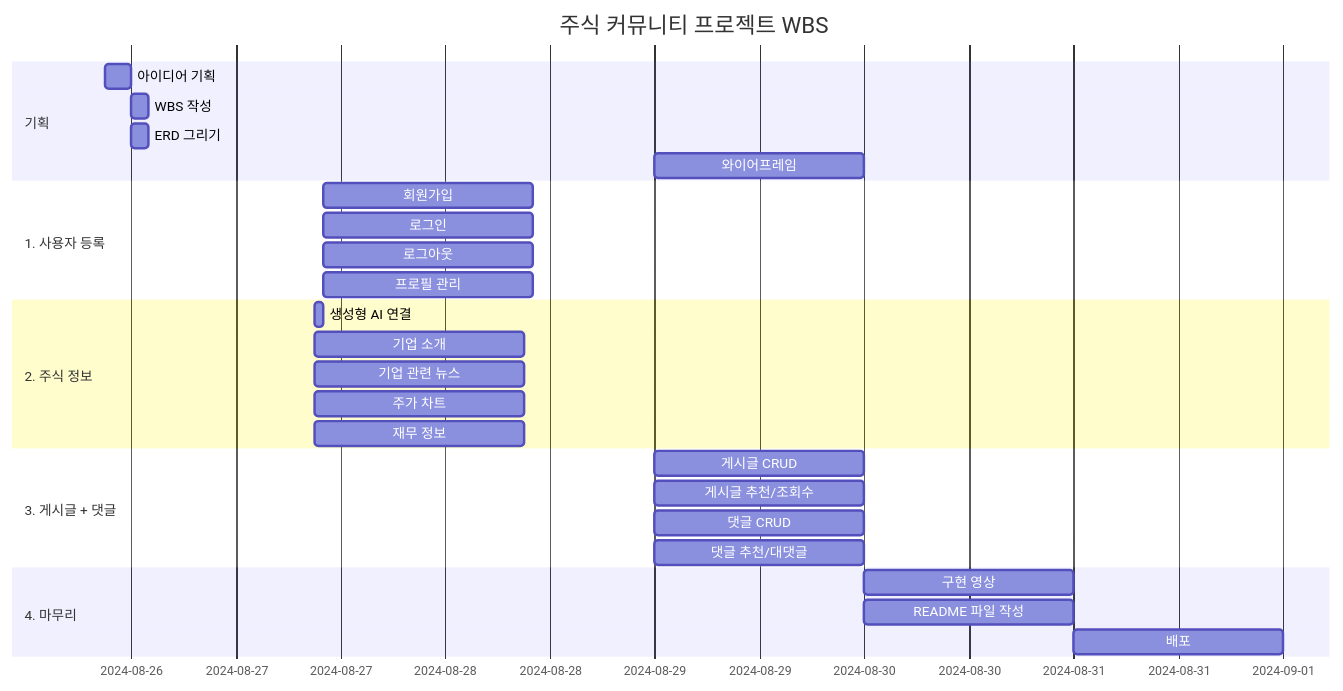
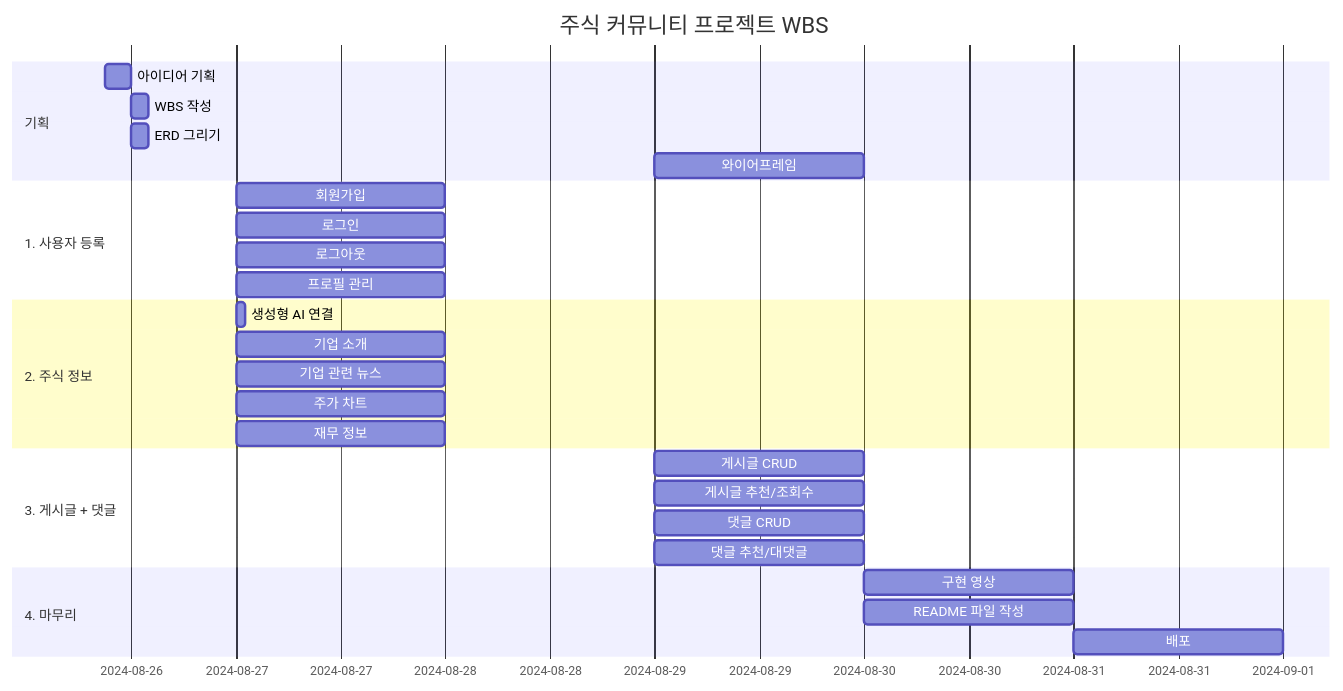
Before and after one commit to Donggyu-Kim1/stalk: the first of 3 diagrams in README.md, drawn with Mermaid. The commit also changed other lines of this file, not shown here.

Commit message:
리드미 ERD 수정

````diff
--- a/README.md
+++ b/README.md
@@ -193,35 +193,35 @@
 ```mermaid
 gantt
     title 주식 커뮤니티 프로젝트 WBS
     dateFormat  YYYY-MM-DD HH:mm
 
     section 기획
     아이디어 기획      :2024-08-26 09:00, 3h
     WBS 작성          :2024-08-26 12:00, 2h
     ERD 그리기         :2024-08-26 12:00, 2h
     와이어프레임        :2024-08-29, 1d
 
     section 1. 사용자 등록
-    회원가입           :2024-08-27 10:00, 1d
-    로그인             :2024-08-27 10:00, 1d
-    로그아웃           :2024-08-27 10:00, 1d
-    프로필 관리         :2024-08-27 10:00, 1d
+    회원가입           :2024-08-27, 1d
+    로그인             :2024-08-27, 1d
+    로그아웃           :2024-08-27, 1d
+    프로필 관리         :2024-08-27, 1d
 
     section 2. 주식 정보
-    생성형 AI 연결     :2024-08-27 09:00, 1h
-    기업 소개          :2024-08-27 09:00, 1d
-    기업 관련 뉴스      :2024-08-27 09:00, 1d
-    주가 차트          :2024-08-27 09:00, 1d
-    재무 정보          :2024-08-27 09:00, 1d
+    생성형 AI 연결     :2024-08-27, 1h
+    기업 소개          :2024-08-27, 1d
+    기업 관련 뉴스      :2024-08-27, 1d
+    주가 차트          :2024-08-27, 1d
+    재무 정보          :2024-08-27, 1d
 
     section 3. 게시글 + 댓글
     게시글 CRUD        :2024-08-29, 1d
     게시글 추천/조회수   :2024-08-29, 1d
     댓글 CRUD          :2024-08-29, 1d
     댓글 추천/대댓글     :2024-08-29, 1d
 
     section 4. 마무리
     구현 영상          :2024-08-30, 1d
     README 파일 작성   :2024-08-30, 1d
     배포              :2024-08-31, 1d
 ```
````
